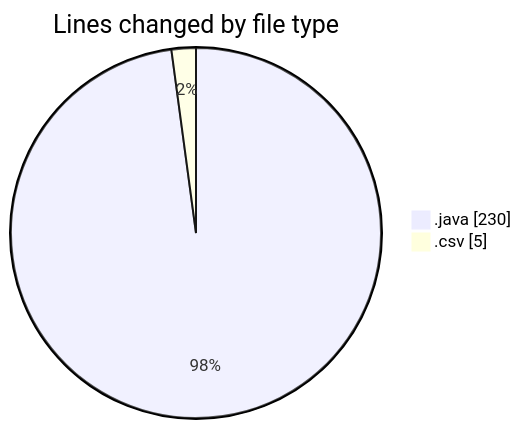
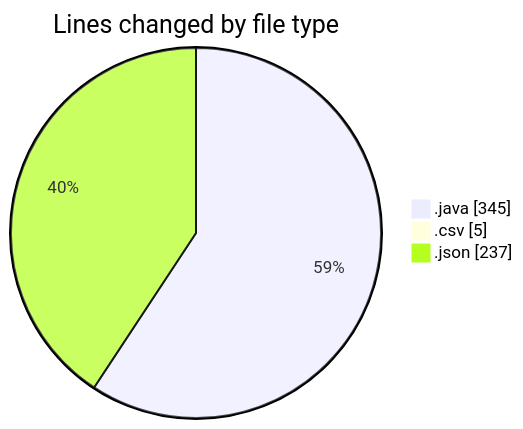
The first of 2 diagrams in 2026-09-10/cilapp/README.md (ricardozamudiocil/code-tracking), drawn with Mermaid before and after one commit. The commit also changed other lines of this file and 1 other file, not shown here.

````diff
--- a/2026-09-10/cilapp/README.md
+++ b/2026-09-10/cilapp/README.md
@@ -22,6 +23,7 @@
 ```mermaid
 pie showData
 title Lines changed by file type
-".java" : 230
+".java" : 345
 ".csv" : 5
+".json" : 237
 ```
````
